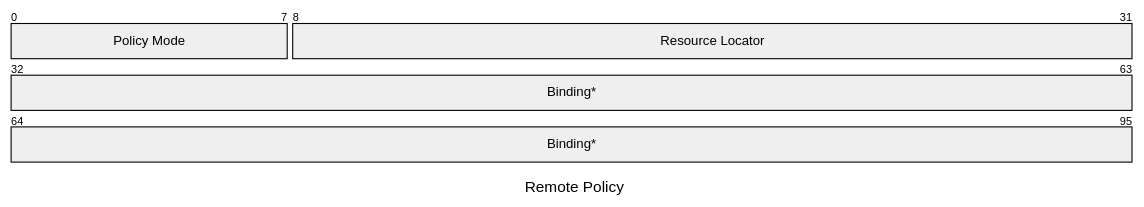
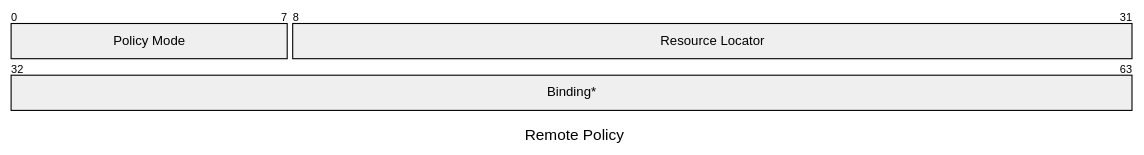
Before and after one commit to opentdf/spec: the fourth of 7 diagrams in schema/nanotdf/README.md, drawn with Mermaid. The commit also changed other lines of this file, not shown here.

````diff
--- a/schema/nanotdf/README.md
+++ b/schema/nanotdf/README.md
@@ -117,9 +117,9 @@
 ```mermaid
 ---
 title: "Remote Policy"
 ---
 packet-beta
 0-7: "Policy Mode"
 8-31: "Resource Locator"
-32-95: "Binding*"
+32-63: "Binding*"
 ```
````
